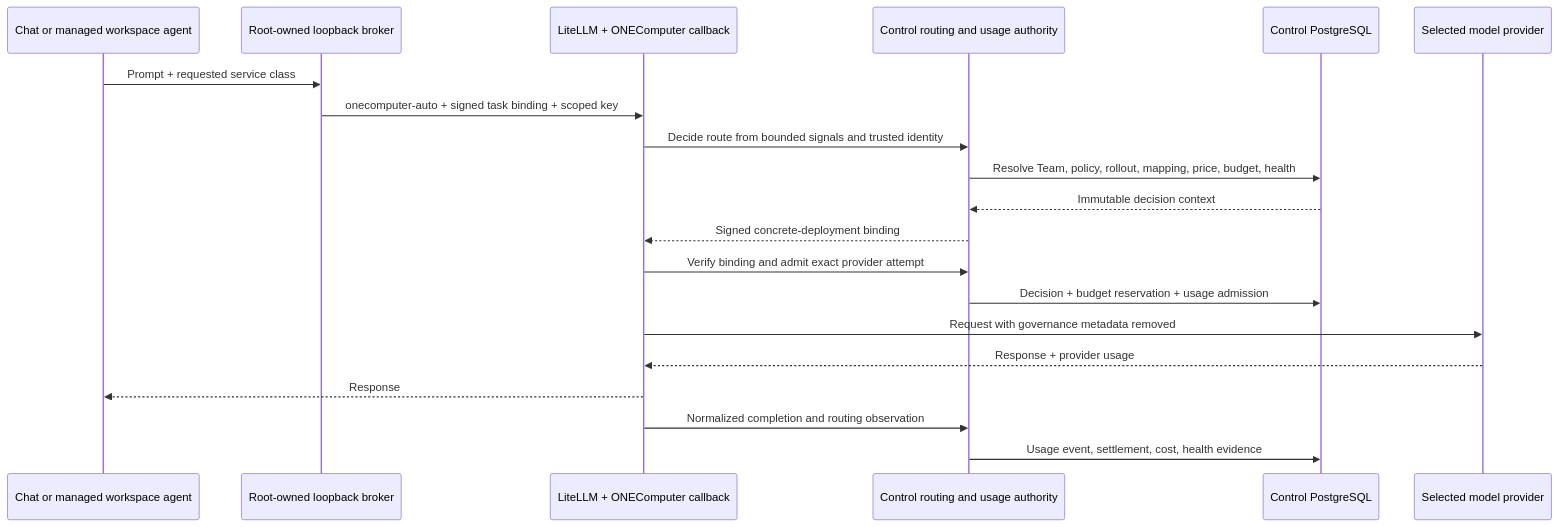
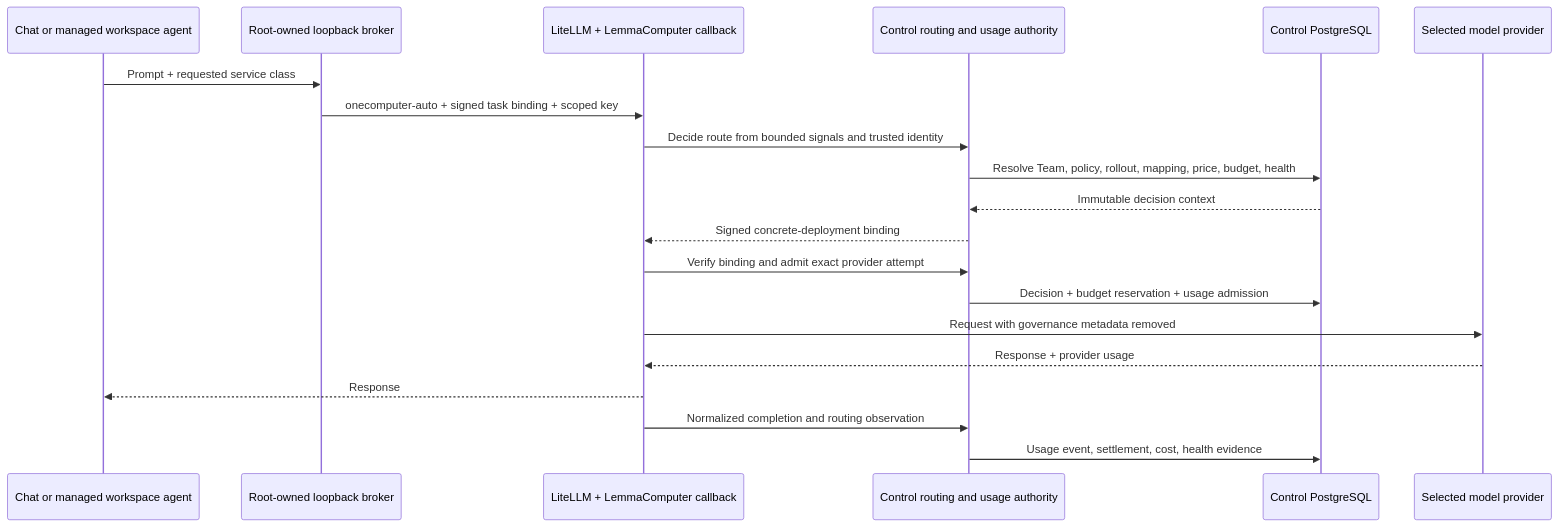
The diagram in docs/ai-control-plane.md (ONE-Computer/LemmaComputer), drawn with Mermaid before and after one commit. The commit also changed 86 other files, not shown here.

Commit message:
Rebrand product as LemmaComputer

````diff
--- a/docs/ai-control-plane.md
+++ b/docs/ai-control-plane.md
@@ -28,23 +28,23 @@
 ```mermaid
 sequenceDiagram
   participant Client as Chat or managed workspace agent
   participant Broker as Root-owned loopback broker
-  participant Gateway as LiteLLM + ONEComputer callback
+  participant Gateway as LiteLLM + LemmaComputer callback
   participant Control as Control routing and usage authority
   participant Store as Control PostgreSQL
   participant Provider as Selected model provider
 
   Client->>Broker: Prompt + requested service class
   Broker->>Gateway: onecomputer-auto + signed task binding + scoped key
   Gateway->>Control: Decide route from bounded signals and trusted identity
   Control->>Store: Resolve Team, policy, rollout, mapping, price, budget, health
   Store-->>Control: Immutable decision context
   Control-->>Gateway: Signed concrete-deployment binding
   Gateway->>Control: Verify binding and admit exact provider attempt
   Control->>Store: Decision + budget reservation + usage admission
   Gateway->>Provider: Request with governance metadata removed
   Provider-->>Gateway: Response + provider usage
   Gateway-->>Client: Response
   Gateway->>Control: Normalized completion and routing observation
   Control->>Store: Usage event, settlement, cost, health evidence
 ```
````
